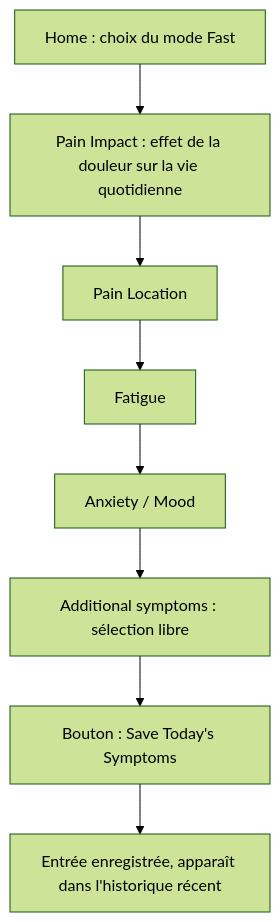
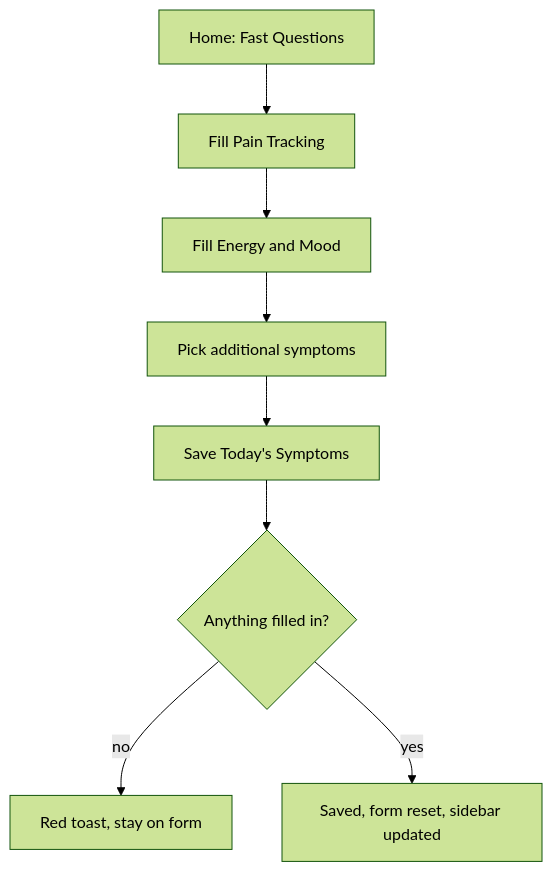
One commit to EtiennePellissier/ENDOless-project changed the third of 5 diagrams in ux2/ux-flows.md. Above: the diagram before and after it, drawn with Mermaid (forest theme). The commit also changed other lines of this file, not shown here.

First line of the commit message:
Revise UX flows documentation with detailed user navigation

````diff
--- a/ux2/ux-flows.md
+++ b/ux2/ux-flows.md
@@ -86,10 +148,10 @@
 ```mermaid
 flowchart TD
-    A["Home : choix du mode Fast"] --> B["Pain Impact : effet de la douleur sur la vie quotidienne"]
-    B --> C["Pain Location"]
-    C --> D["Fatigue"]
-    D --> E["Anxiety / Mood"]
-    E --> F["Additional symptoms : sélection libre"]
-    F --> G["Bouton : Save Today's Symptoms"]
-    G --> H["Entrée enregistrée, apparaît dans l'historique récent"]
+    A[Home: Fast Questions] --> B[Fill Pain Tracking]
+    B --> C[Fill Energy and Mood]
+    C --> D[Pick additional symptoms]
+    D --> E[Save Today's Symptoms]
+    E --> F{Anything filled in?}
+    F -- no --> G[Red toast, stay on form]
+    F -- yes --> H[Saved, form reset, sidebar updated]
 ```
````
